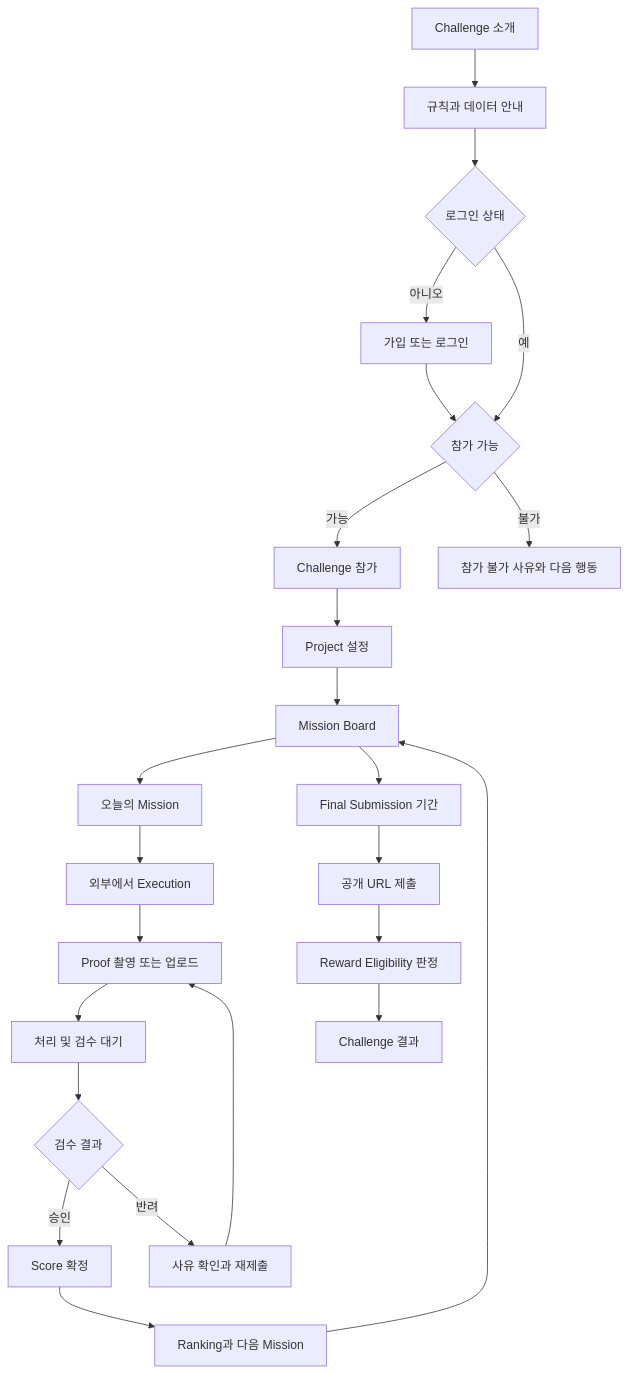
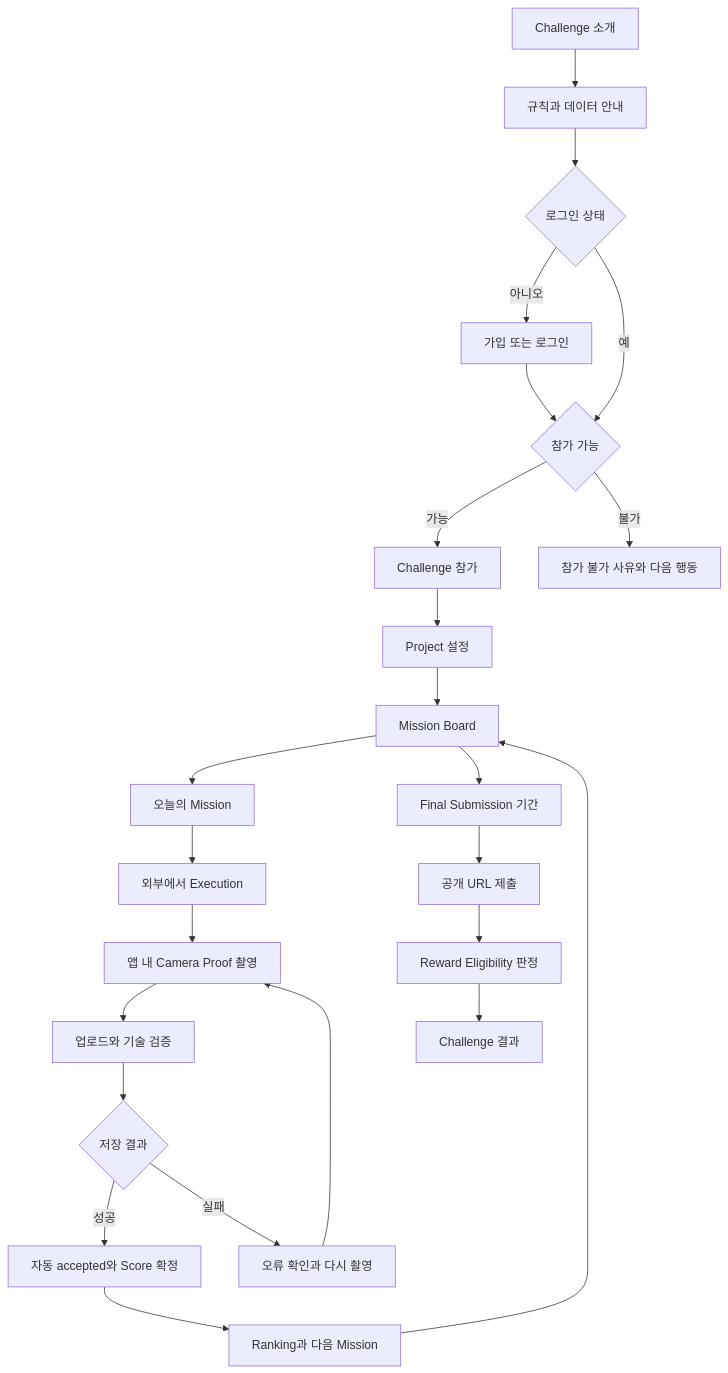
Before and after one commit to ths4114-cloud/PROOVIT: the first of 2 diagrams in docs/product/USER_FLOWS.md, drawn with Mermaid. The commit also changed other lines of this file and 8 other files, not shown here.

````diff
--- a/docs/product/USER_FLOWS.md
+++ b/docs/product/USER_FLOWS.md
@@ -11,26 +11,26 @@
 ```mermaid
 flowchart TD
     A[Challenge 소개] --> B[규칙과 데이터 안내]
     B --> C{로그인 상태}
     C -- 아니오 --> D[가입 또는 로그인]
     C -- 예 --> E{참가 가능}
     D --> E
     E -- 가능 --> F[Challenge 참가]
     E -- 불가 --> G[참가 불가 사유와 다음 행동]
     F --> H[Project 설정]
     H --> I[Mission Board]
     I --> J[오늘의 Mission]
     J --> K[외부에서 Execution]
-    K --> L[Proof 촬영 또는 업로드]
-    L --> M[처리 및 검수 대기]
-    M --> N{검수 결과}
-    N -- 승인 --> O[Score 확정]
-    N -- 반려 --> P[사유 확인과 재제출]
+    K --> L[앱 내 Camera Proof 촬영]
+    L --> M[업로드와 기술 검증]
+    M --> N{저장 결과}
+    N -- 성공 --> O[자동 accepted와 Score 확정]
+    N -- 실패 --> P[오류 확인과 다시 촬영]
     P --> L
     O --> Q[Ranking과 다음 Mission]
     Q --> I
     I --> R[Final Submission 기간]
     R --> S[공개 URL 제출]
     S --> T[Reward Eligibility 판정]
     T --> U[Challenge 결과]
 ```
````
